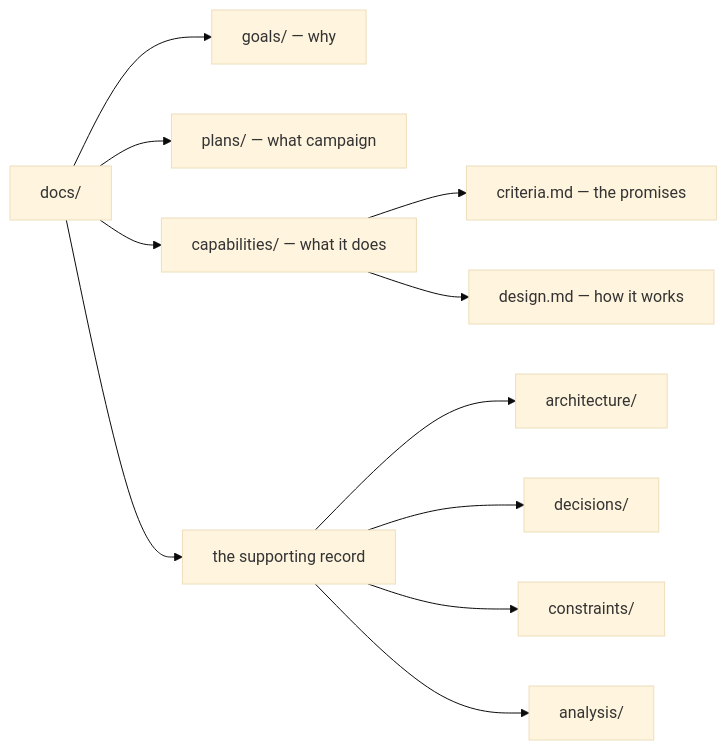
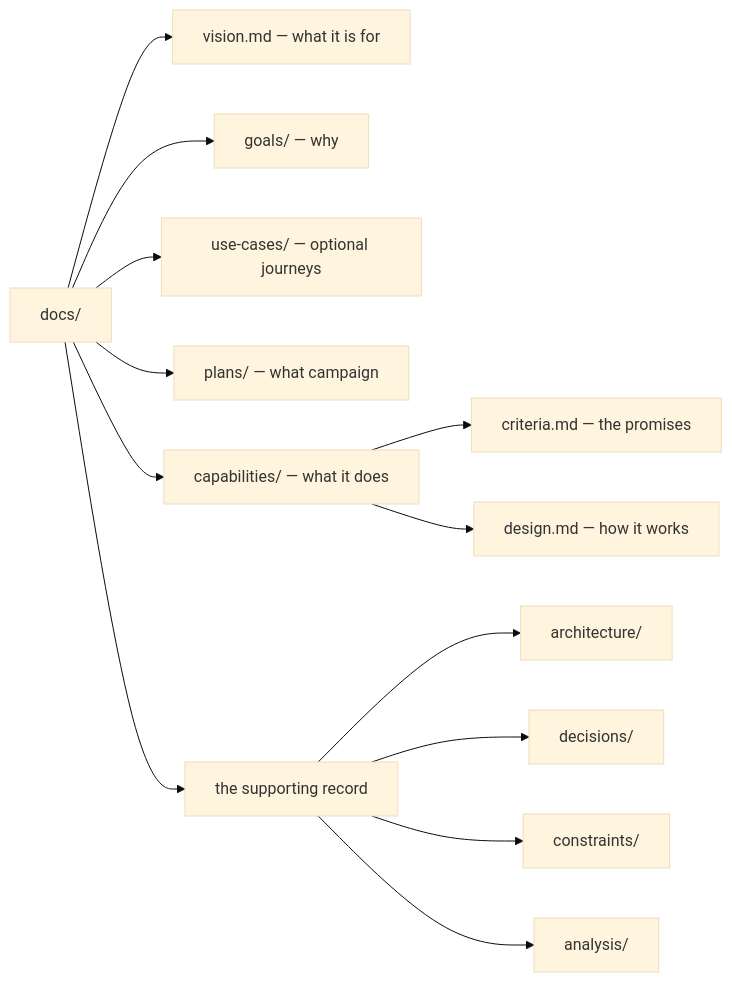
One commit to cliewen/cliewen changed the diagram in guide/corpus.md. Above: the diagram before and after it, drawn with Mermaid (base theme). The commit also changed other lines of this file and 7 other files, not shown here.

````diff
--- a/guide/corpus.md
+++ b/guide/corpus.md
@@ -7,13 +7,15 @@
 ```mermaid
 graph LR
-  D["docs/"] --> G["goals/ — why"]
+  D["docs/"] --> V["vision.md — what it is for"]
+  D --> G["goals/ — why"]
+  D --> U["use-cases/ — optional journeys"]
   D --> P["plans/ — what campaign"]
   D --> C["capabilities/ — what it does"]
   D --> S["the supporting record"]
   C --> CR["criteria.md — the promises"]
   C --> DS["design.md — how it works"]
   S --> A["architecture/"]
   S --> DE["decisions/"]
   S --> CO["constraints/"]
   S --> AN["analysis/"]
 ```
````
